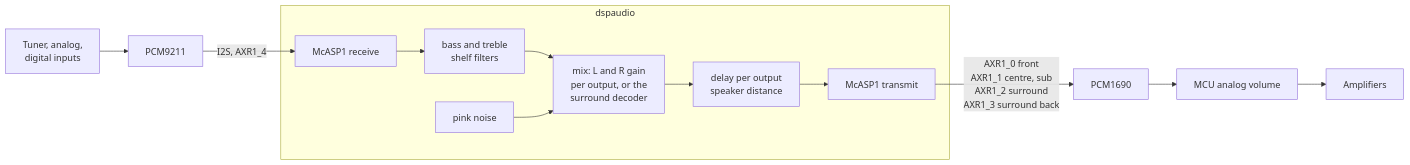
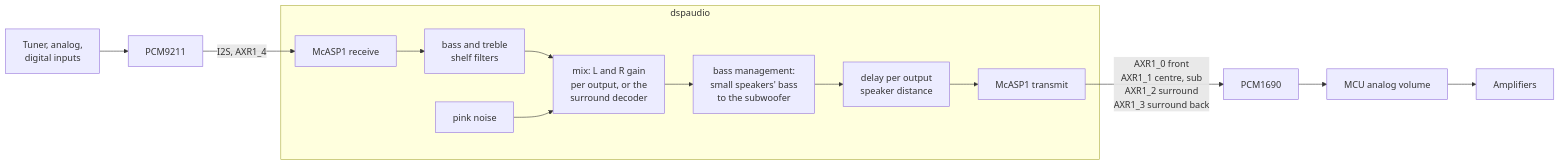
The fifth of 5 diagrams in docs/architecture.md (ubis/OSIRIS), drawn with Mermaid before and after one commit. The commit also changed other lines of this file and 4 other files, not shown here.

First line of the commit message:
services: dspd, dspaudio: bass management

````diff
--- a/docs/architecture.md
+++ b/docs/architecture.md
@@ -153,14 +153,15 @@
 ```mermaid
 flowchart LR
     IN[Tuner, analog,<br/>digital inputs] --> DIR[PCM9211]
     DIR -->|I2S, AXR1_4| RX[McASP1 receive]
     subgraph dspaudio
         RX --> TONE[bass and treble<br/>shelf filters]
         TONE --> MIX[mix: L and R gain<br/>per output, or the<br/>surround decoder]
         NOISE[pink noise] --> MIX
-        MIX --> DELAY[delay per output<br/>speaker distance]
+        MIX --> BASS[bass management:<br/>small speakers' bass<br/>to the subwoofer]
+        BASS --> DELAY[delay per output<br/>speaker distance]
         DELAY --> TX[McASP1 transmit]
     end
     TX -->|AXR1_0 front<br/>AXR1_1 centre, sub<br/>AXR1_2 surround<br/>AXR1_3 surround back| DAC[PCM1690]
     DAC --> VOL[MCU analog volume] --> AMP[Amplifiers]
 ```
````
